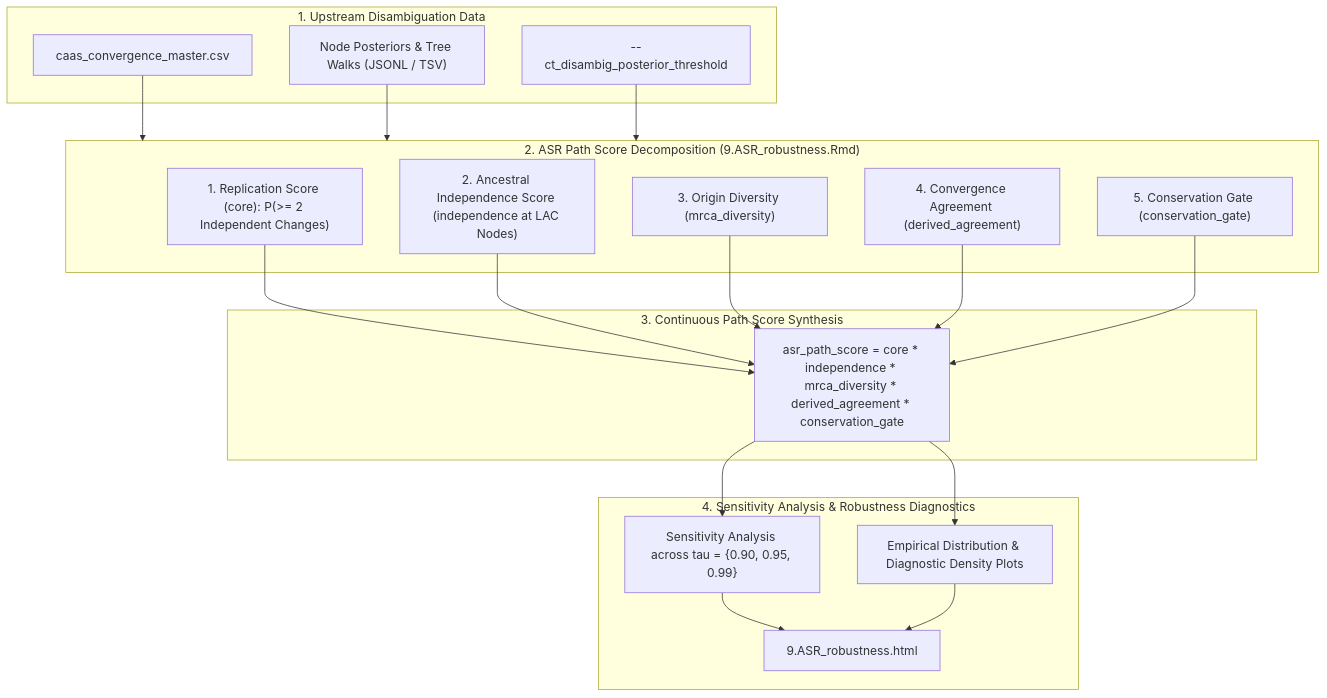
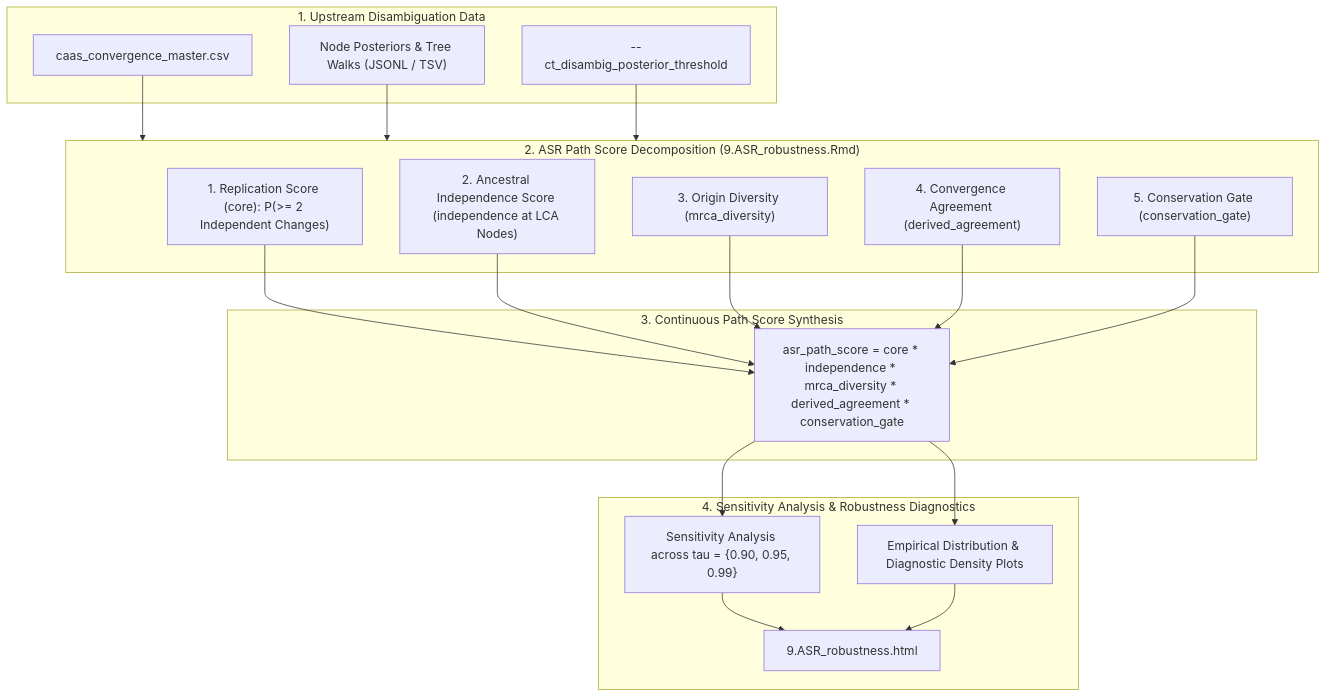
One commit to nozerorma/PhyloPhere changed the diagram in archive/06_WORKFLOW_ASR_ROBUSTNESS.md. Above: the diagram before and after it, drawn with Mermaid. The commit also changed other lines of this file and 3 other files, not shown here.

First line of the commit message:
fix: correct LAC misspelling to LCA in ASR path/independence score

````diff
--- a/archive/06_WORKFLOW_ASR_ROBUSTNESS.md
+++ b/archive/06_WORKFLOW_ASR_ROBUSTNESS.md
@@ -23,35 +23,35 @@
 ```mermaid
 graph TD
     subgraph DisambiguationOutput["1. Upstream Disambiguation Data"]
         Master["caas_convergence_master.csv"]
         Posteriors["Node Posteriors & Tree Walks (JSONL / TSV)"]
         Threshold["--ct_disambig_posterior_threshold"]
     end
 
     subgraph ScoreDecomposition["2. ASR Path Score Decomposition (9.ASR_robustness.Rmd)"]
         Core["1. Replication Score (core): P(>= 2 Independent Changes)"]
-        Indep["2. Ancestral Independence Score (independence at LAC Nodes)"]
+        Indep["2. Ancestral Independence Score (independence at LCA Nodes)"]
         MRCADiv["3. Origin Diversity (mrca_diversity)"]
         DerivedAgr["4. Convergence Agreement (derived_agreement)"]
         ConsGate["5. Conservation Gate (conservation_gate)"]
     end
 
     subgraph PathScoreIntegration["3. Continuous Path Score Synthesis"]
         PathScore["asr_path_score = core * independence * mrca_diversity * derived_agreement * conservation_gate"]
     end
 
     subgraph SensitivityAnalysis["4. Sensitivity Analysis & Robustness Diagnostics"]
         SensTbl["Sensitivity Analysis across tau = {0.90, 0.95, 0.99}"]
         Plots["Empirical Distribution & Diagnostic Density Plots"]
         HTML["9.ASR_robustness.html"]
     end
 
     Master --> ScoreDecomposition
     Posteriors --> ScoreDecomposition
     Threshold --> ScoreDecomposition
 
     Core & Indep & MRCADiv & DerivedAgr & ConsGate --> PathScore
     PathScore --> SensTbl
     PathScore --> Plots
     SensTbl & Plots --> HTML
 ```
````
